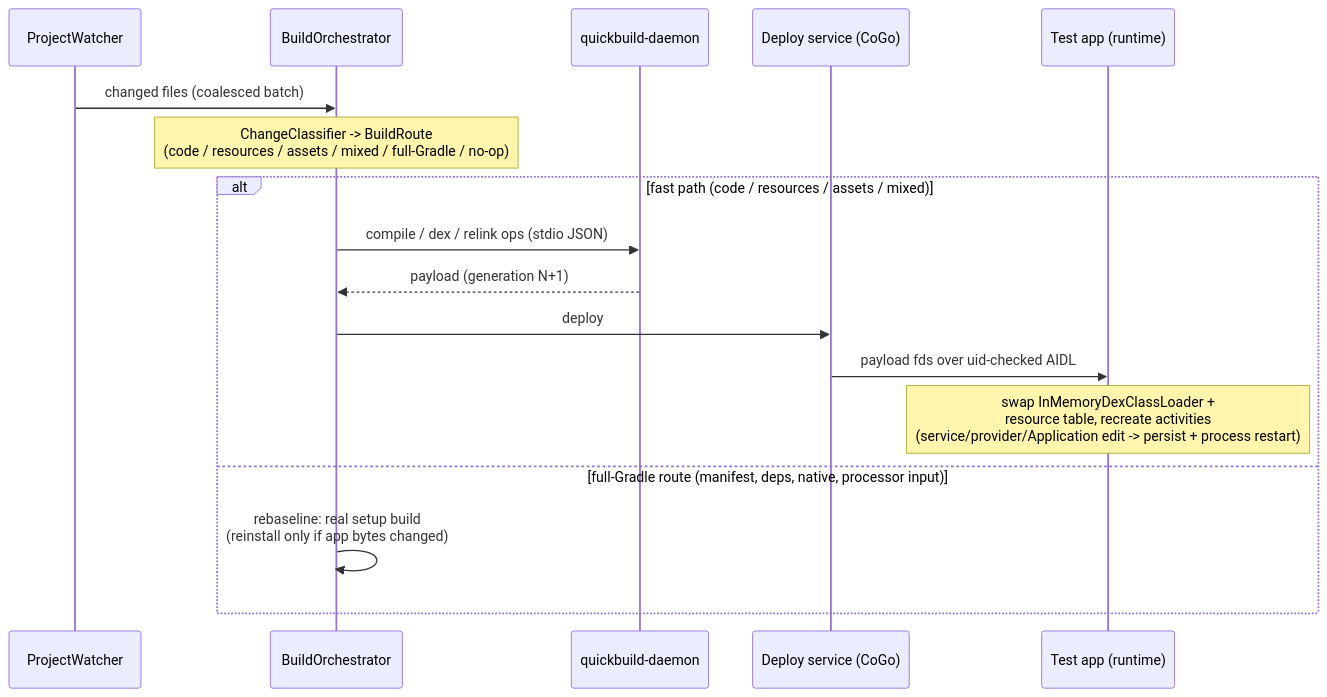
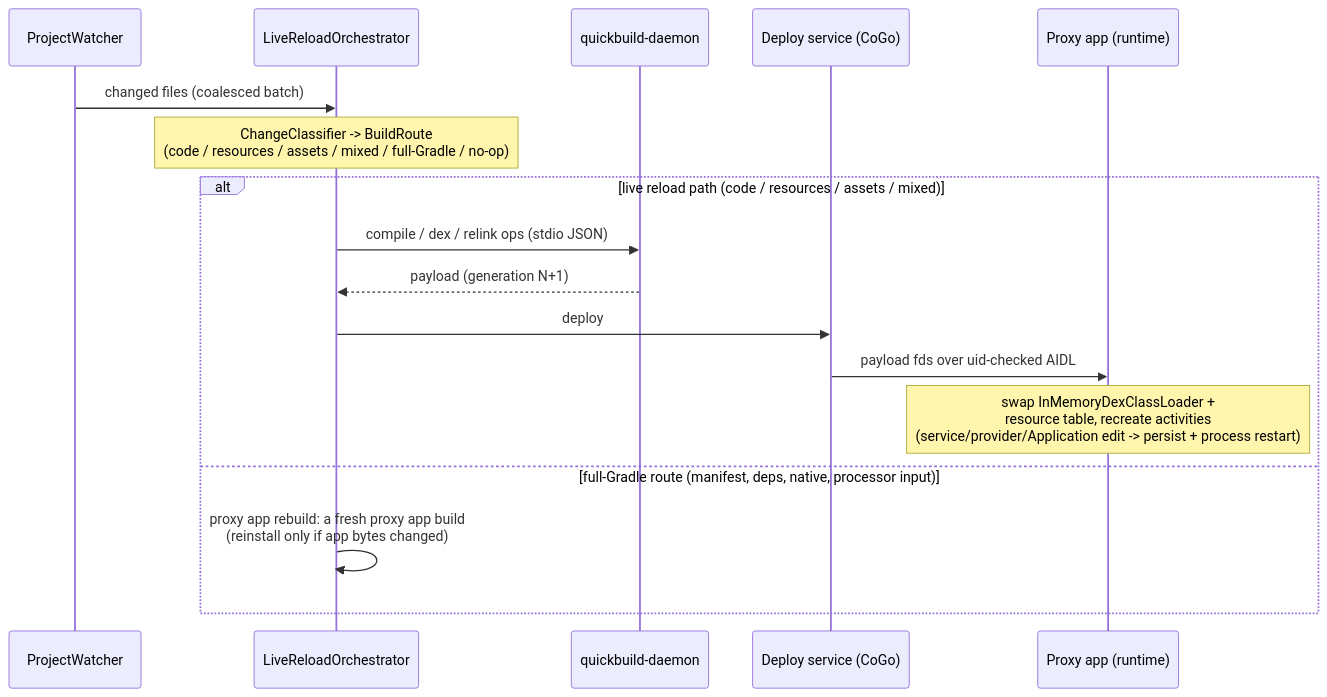
Before and after one commit to appdevforall/CodeOnTheGo: the diagram in quick-build/README.md, drawn with Mermaid. The commit also changed other lines of this file and 13 other files, not shown here.

````diff
--- a/quick-build/README.md
+++ b/quick-build/README.md
@@ -14,19 +14,19 @@
 ```mermaid
 sequenceDiagram
     participant W as ProjectWatcher
-    participant O as BuildOrchestrator
+    participant O as LiveReloadOrchestrator
     participant D as quickbuild-daemon
     participant S as Deploy service (CoGo)
-    participant T as Test app (runtime)
+    participant T as Proxy app (runtime)
     W->>O: changed files (coalesced batch)
     Note over O: ChangeClassifier -> BuildRoute<br/>(code / resources / assets / mixed / full-Gradle / no-op)
-    alt fast path (code / resources / assets / mixed)
+    alt live reload path (code / resources / assets / mixed)
         O->>D: compile / dex / relink ops (stdio JSON)
         D-->>O: payload (generation N+1)
         O->>S: deploy
         S->>T: payload fds over uid-checked AIDL
         Note over T: swap InMemoryDexClassLoader +<br/>resource table, recreate activities<br/>(service/provider/Application edit -> persist + process restart)
     else full-Gradle route (manifest, deps, native, processor input)
-        O->>O: rebaseline: real setup build<br/>(reinstall only if app bytes changed)
+        O->>O: proxy app rebuild: a fresh proxy app build<br/>(reinstall only if app bytes changed)
     end
 ```
````
